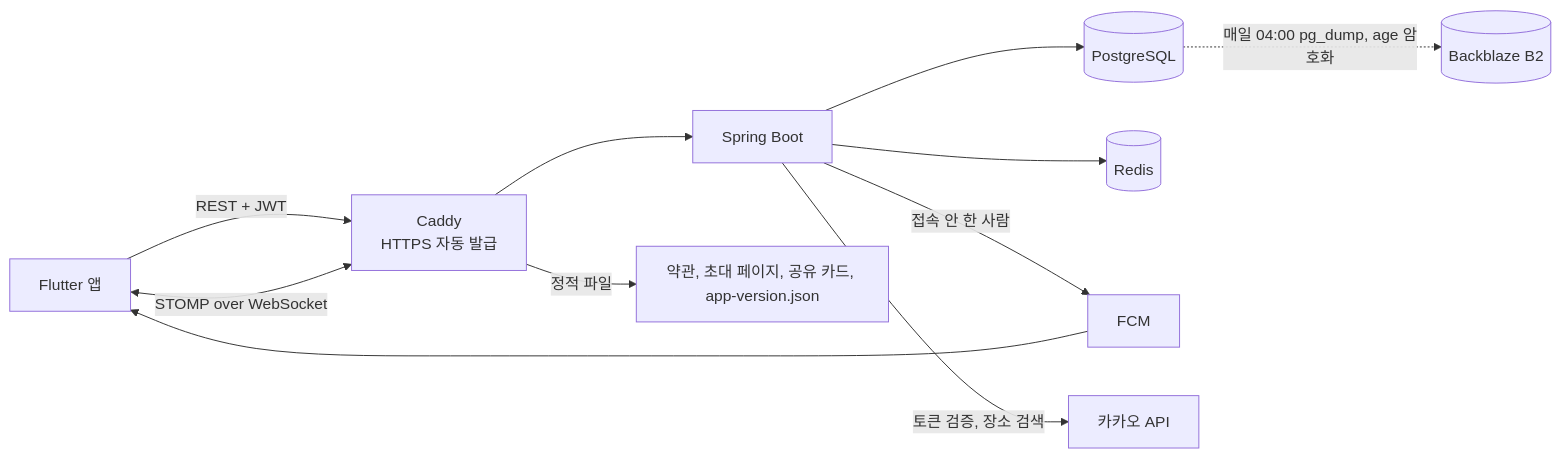
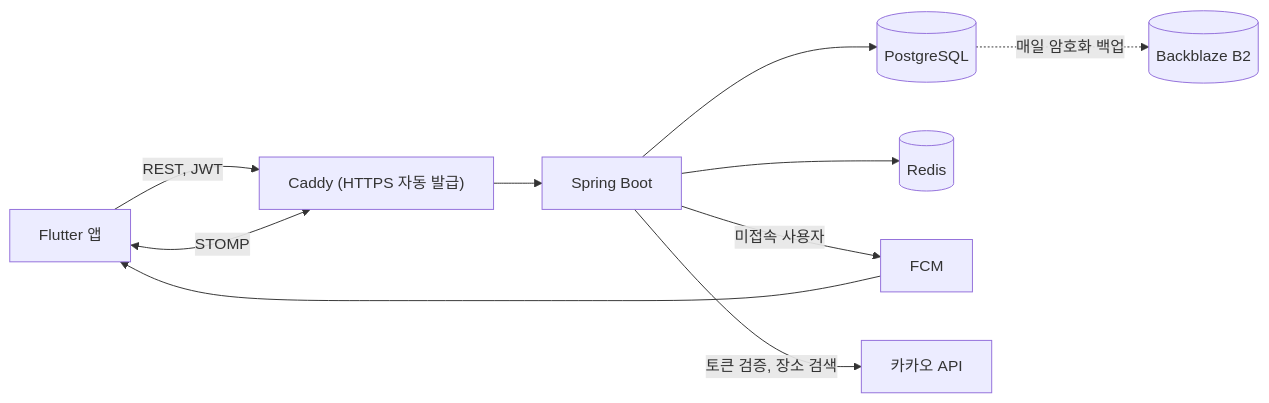
Before and after one commit to pyosunyoung/tuk-server: the diagram in README.md, drawn with Mermaid. The commit also changed other lines of this file and 2 other files, not shown here.

````diff
--- a/README.md
+++ b/README.md
@@ -88,12 +20,12 @@
 ```mermaid
 flowchart LR
-    App[Flutter 앱] -->|REST + JWT| Caddy
-    App <-->|STOMP over WebSocket| Caddy
-    Caddy[Caddy<br>HTTPS 자동 발급] --> Server[Spring Boot]
-    Caddy -->|정적 파일| Public[약관, 초대 페이지, 공유 카드, app-version.json]
-    Server --> PG[(PostgreSQL)]
-    Server --> Redis[(Redis)]
-    Server -->|접속 안 한 사람| FCM[FCM] --> App
-    Server -->|토큰 검증, 장소 검색| Kakao[카카오 API]
-    PG -. 매일 04:00 pg_dump, age 암호화 .-> B2[(Backblaze B2)]
+    App["Flutter 앱"] -->|"REST, JWT"| Caddy
+    App <-->|"STOMP"| Caddy
+    Caddy["Caddy (HTTPS 자동 발급)"] --> Server["Spring Boot"]
+    Server --> PG[("PostgreSQL")]
+    Server --> Redis[("Redis")]
+    Server -->|"미접속 사용자"| FCM["FCM"]
+    FCM --> App
+    Server -->|"토큰 검증, 장소 검색"| Kakao["카카오 API"]
+    PG -.->|"매일 암호화 백업"| B2[("Backblaze B2")]
 ```
````
